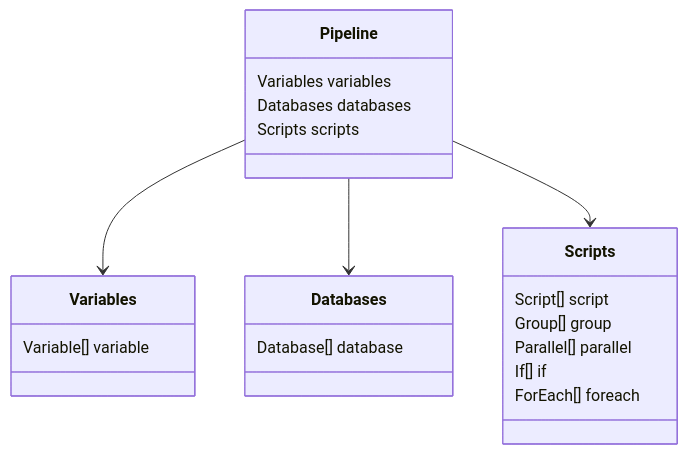
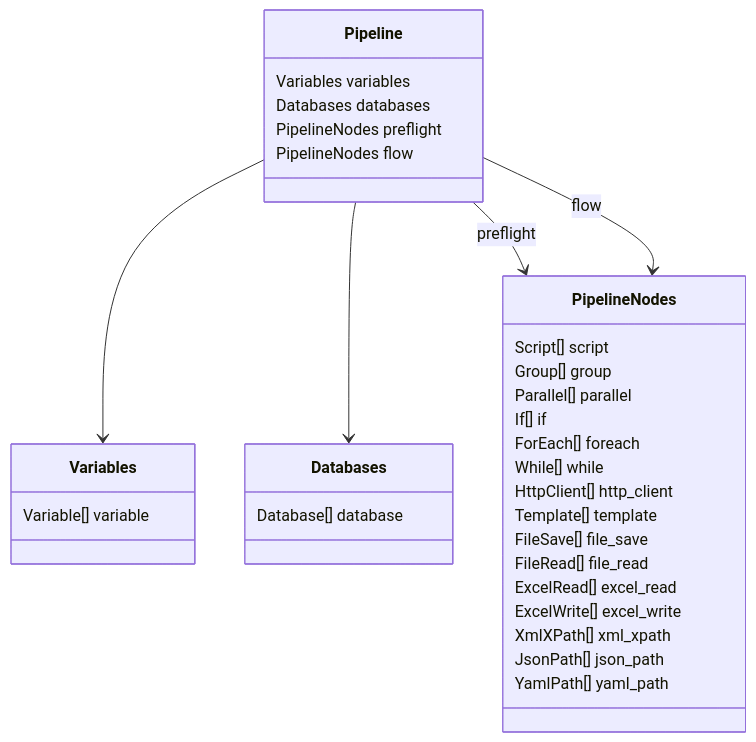
One commit to etl-madness/go-flow changed the second of 2 diagrams in README.md. Above: the diagram before and after it, drawn with Mermaid. The commit also changed other lines of this file and 16 other files, not shown here.

Commit message:
feat: supporting preflight, and improved mermaid in autodocs

````diff
--- a/README.md
+++ b/README.md
@@ -226,24 +236,36 @@
 ```mermaid
 classDiagram
     class Pipeline {
         Variables variables
         Databases databases
-        Scripts scripts
+        PipelineNodes preflight
+        PipelineNodes flow
     }
     class Variables {
         Variable[] variable
     }
     class Databases {
         Database[] database
     }
-    class Scripts {
+    class PipelineNodes {
         Script[] script
         Group[] group
         Parallel[] parallel
         If[] if
         ForEach[] foreach
+        While[] while
+        HttpClient[] http_client
+        Template[] template
+        FileSave[] file_save
+        FileRead[] file_read
+        ExcelRead[] excel_read
+        ExcelWrite[] excel_write
+        XmlXPath[] xml_xpath
+        JsonPath[] json_path
+        YamlPath[] yaml_path
     }
     Pipeline --> Variables
     Pipeline --> Databases
-    Pipeline --> Scripts
+    Pipeline --> PipelineNodes : preflight
+    Pipeline --> PipelineNodes : flow
 ```
````
